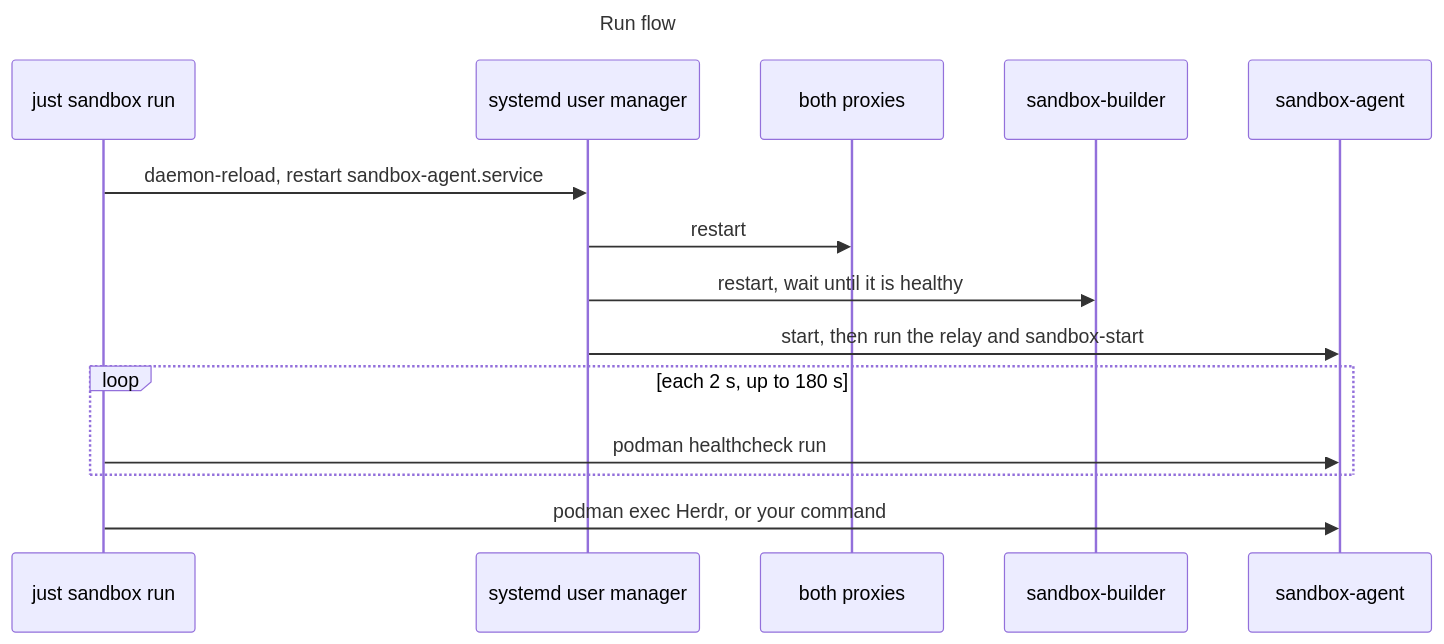
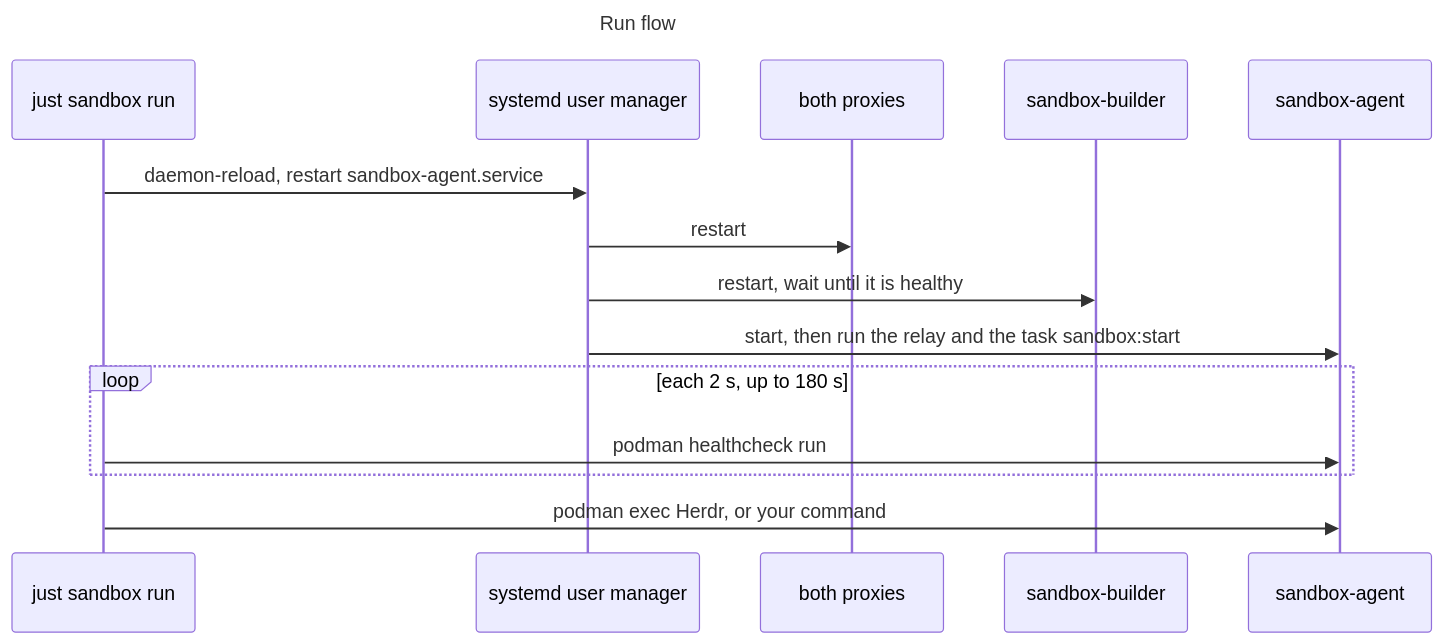
The second of 8 diagrams in .devcontainer/README.md (raghav19/engineersdaybook), drawn with Mermaid before and after one commit. The commit also changed 9 other files, not shown here.

````diff
--- a/.devcontainer/README.md
+++ b/.devcontainer/README.md
@@ -130,19 +130,19 @@
 ```mermaid
 ---
 title: Run flow
 ---
 sequenceDiagram
     participant Run as just sandbox run
     participant Systemd as systemd user manager
     participant Proxies as both proxies
     participant Builder as sandbox-builder
     participant Agent as sandbox-agent
     Run->>Systemd: daemon-reload, restart sandbox-agent.service
     Systemd->>Proxies: restart
     Systemd->>Builder: restart, wait until it is healthy
-    Systemd->>Agent: start, then run the relay and sandbox-start
+    Systemd->>Agent: start, then run the relay and the task sandbox:start
     loop each 2 s, up to 180 s
         Run->>Agent: podman healthcheck run
     end
     Run->>Agent: podman exec Herdr, or your command
 ```
````
